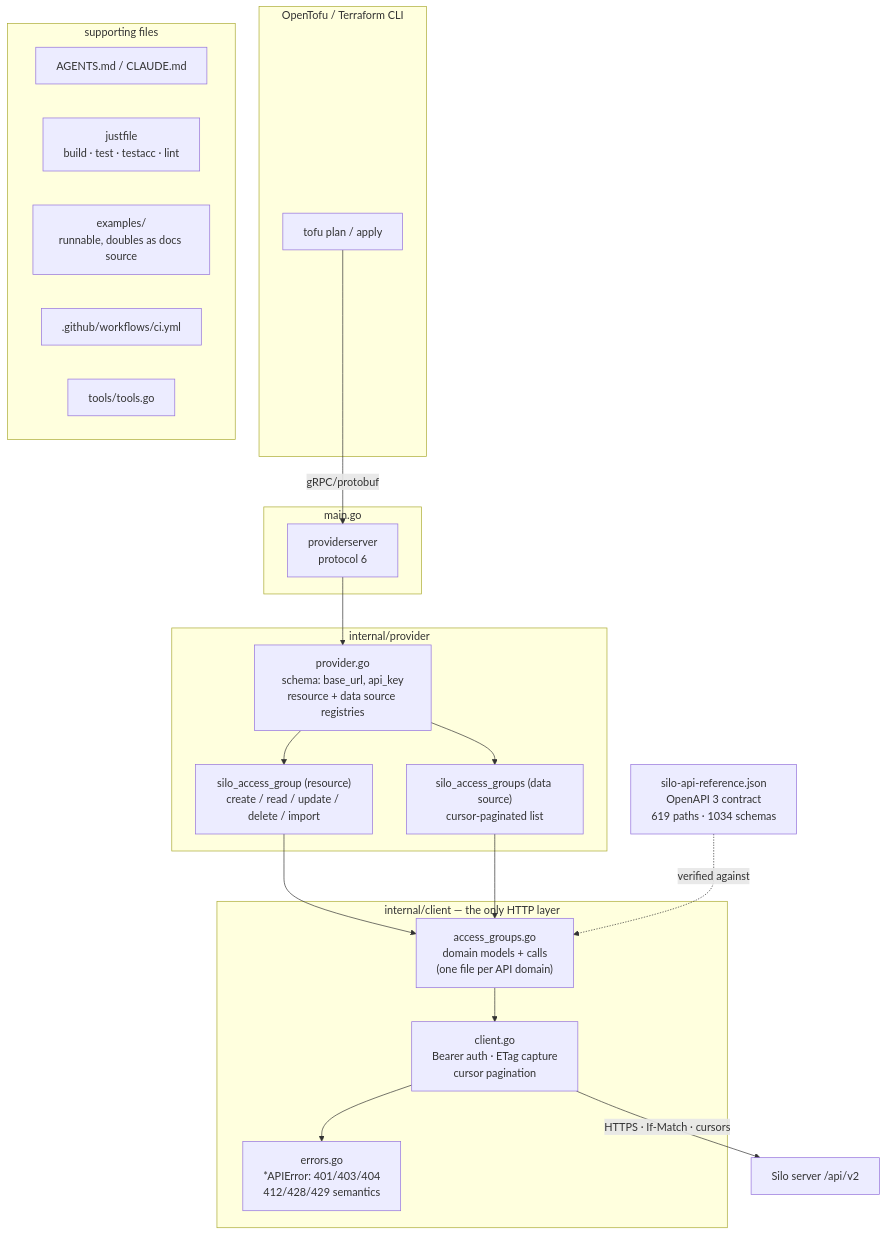
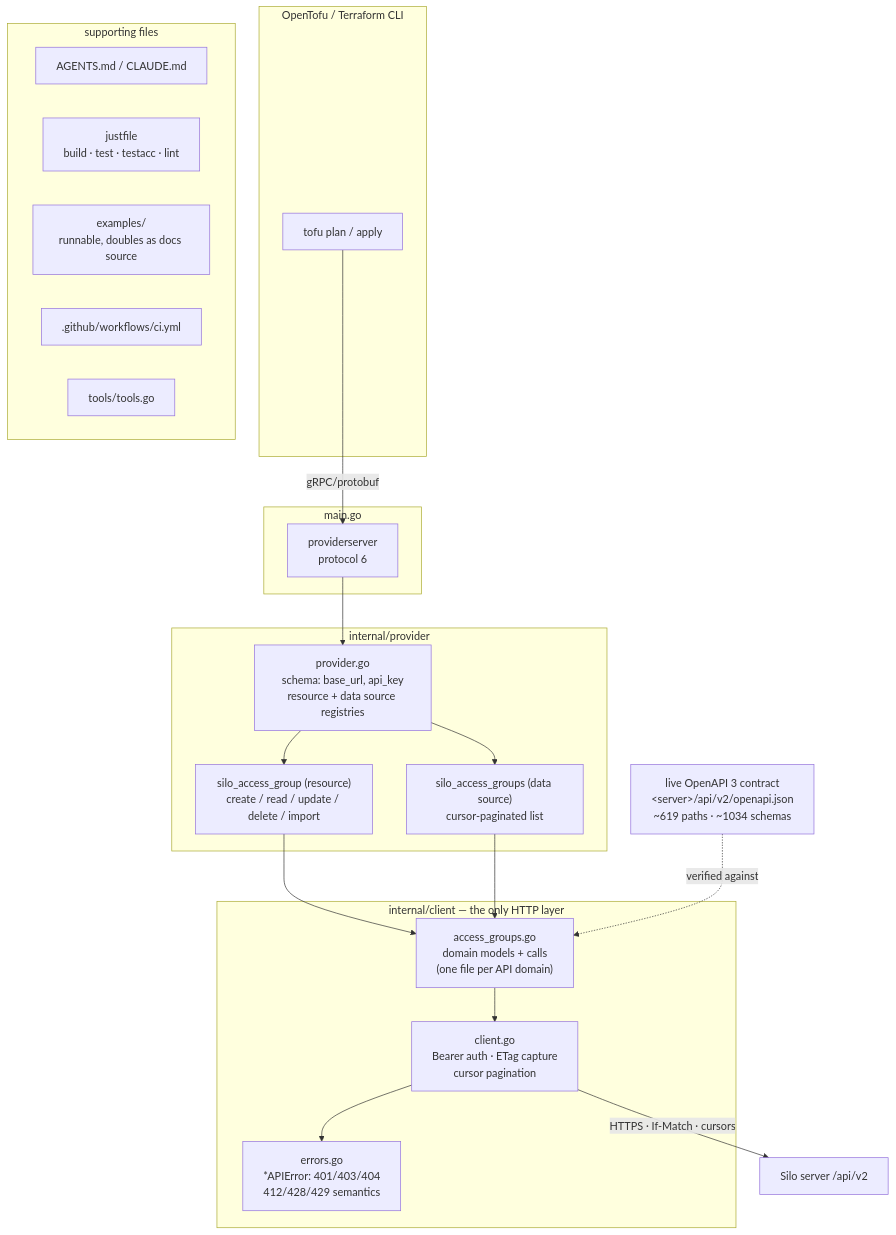
Before and after one commit to barolinecrewer/silo-server-tofu: the diagram in README.md, drawn with Mermaid. The commit also changed other lines of this file and 3 other files, not shown here.

First line of the commit message:
chore: drop vendored API reference in favor of live docs

````diff
--- a/README.md
+++ b/README.md
@@ -70,45 +70,45 @@
 ```mermaid
 graph TD
     subgraph CLI["OpenTofu / Terraform CLI"]
         tofu["tofu plan / apply"]
     end
 
     subgraph Entry["main.go"]
         serve["providerserver<br/>protocol 6"]
     end
 
     subgraph ProviderPkg["internal/provider"]
         prov["provider.go<br/>schema: base_url, api_key<br/>resource + data source registries"]
         res["silo_access_group (resource)<br/>create / read / update / delete / import"]
         ds["silo_access_groups (data source)<br/>cursor-paginated list"]
     end
 
     subgraph ClientPkg["internal/client — the only HTTP layer"]
         core["client.go<br/>Bearer auth · ETag capture<br/>cursor pagination"]
         errs["errors.go<br/>*APIError: 401/403/404<br/>412/428/429 semantics"]
         models["access_groups.go<br/>domain models + calls<br/>(one file per API domain)"]
     end
 
-    contract["silo-api-reference.json<br/>OpenAPI 3 contract<br/>619 paths · 1034 schemas"]
+    contract["live OpenAPI 3 contract<br/>&lt;server&gt;/api/v2/openapi.json<br/>~619 paths · ~1034 schemas"]
 
     API["Silo server /api/v2"]
 
     tofu -- gRPC/protobuf --> serve
     serve --> prov
     prov --> res
     prov --> ds
     res --> models
     ds --> models
     models --> core
     core --> errs
     core -- "HTTPS · If-Match · cursors" --> API
     contract -.->|verified against| models
 
     subgraph Support["supporting files"]
         agents["AGENTS.md / CLAUDE.md"]
         just["justfile<br/>build · test · testacc · lint"]
         examples["examples/<br/>runnable, doubles as docs source"]
         ci[".github/workflows/ci.yml"]
         tools["tools/tools.go"]
     end
 ```
````
